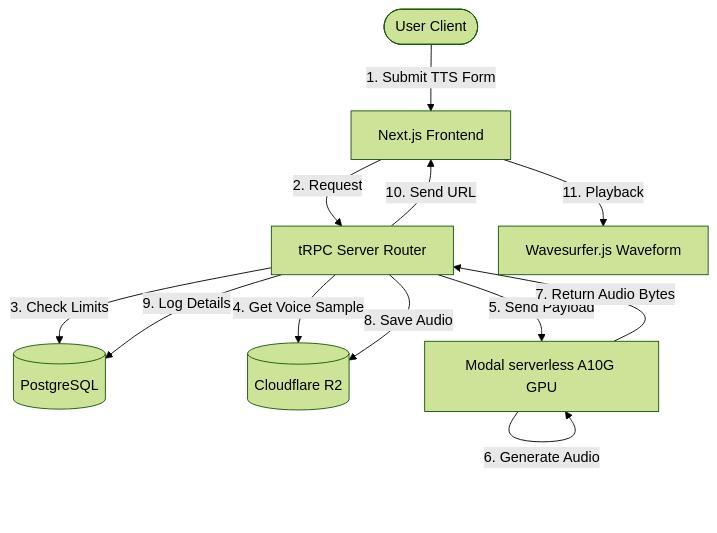
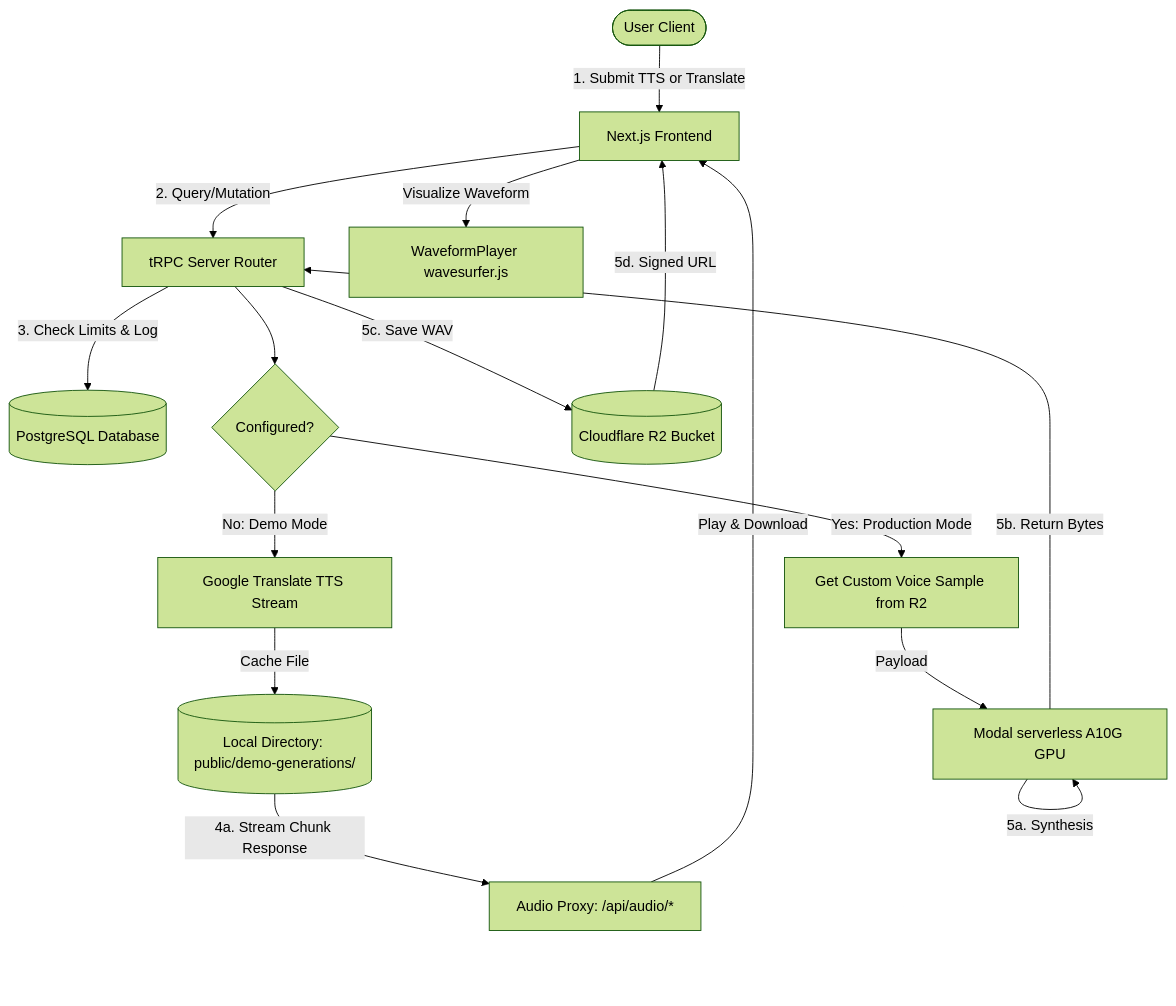
One commit to Sugandh147/voicey changed the first of 3 diagrams in README.md. Above: the diagram before and after it, drawn with Mermaid (forest theme). The commit also changed other lines of this file and 14 other files, not shown here.

````diff
--- a/README.md
+++ b/README.md
@@ -11,14 +35,24 @@
 ```mermaid
 graph TD
-    User([User Client]) -->|1. Submit TTS Form| WebUI[Next.js Frontend]
-    WebUI -->|2. Request| Backend[tRPC Server Router]
-    Backend -->|3. Check Limits| DB[(PostgreSQL)]
-    Backend -->|4. Get Voice Sample| R2[(Cloudflare R2)]
-    Backend -->|5. Send Payload| ModalGPU[Modal serverless A10G GPU]
-    ModalGPU -->|6. Generate Audio| ModalGPU
-    ModalGPU -->|7. Return Audio Bytes| Backend
-    Backend -->|8. Save Audio| R2
-    Backend -->|9. Log Details| DB
-    Backend -->|10. Send URL| WebUI
-    WebUI -->|11. Playback| Wavesurfer[Wavesurfer.js Waveform]
+    User([User Client]) -->|1. Submit TTS or Translate| WebUI[Next.js Frontend]
+    WebUI -->|2. Query/Mutation| Backend[tRPC Server Router]
+    Backend -->|3. Check Limits & Log| DB[(PostgreSQL Database)]
+    
+    Backend --> IsConfig{Configured?}
+    
+    %% Demo Mode
+    IsConfig -->|No: Demo Mode| GoogleTTS[Google Translate TTS Stream]
+    GoogleTTS -->|Cache File| LocalFS[(Local Directory: public/demo-generations/)]
+    LocalFS -->|4a. Stream Chunk Response| ProxyRoute[Audio Proxy: /api/audio/*]
+    ProxyRoute -->|Play & Download| WebUI
+    
+    %% Production Mode
+    IsConfig -->|Yes: Production Mode| R2Voice[Get Custom Voice Sample from R2]
+    R2Voice -->|Payload| ModalGPU[Modal serverless A10G GPU]
+    ModalGPU -->|5a. Synthesis| ModalGPU
+    ModalGPU -->|5b. Return Bytes| Backend
+    Backend -->|5c. Save WAV| R2Bucket[(Cloudflare R2 Bucket)]
+    R2Bucket -->|5d. Signed URL| WebUI
+    
+    WebUI -->|Visualize Waveform| Waveform[WaveformPlayer wavesurfer.js]
 ```
````
